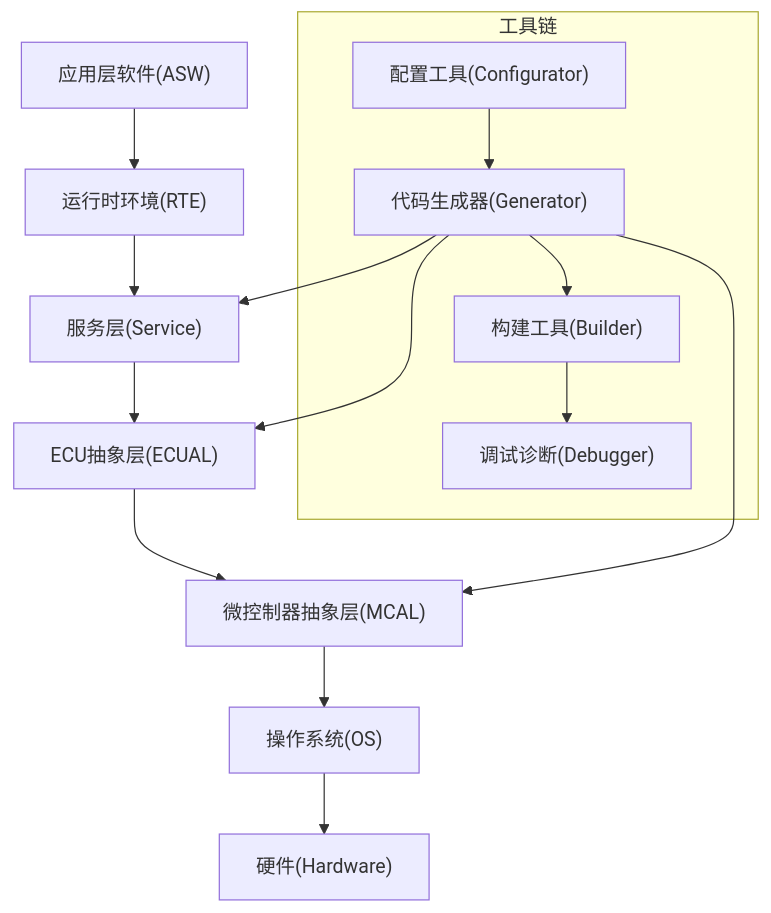
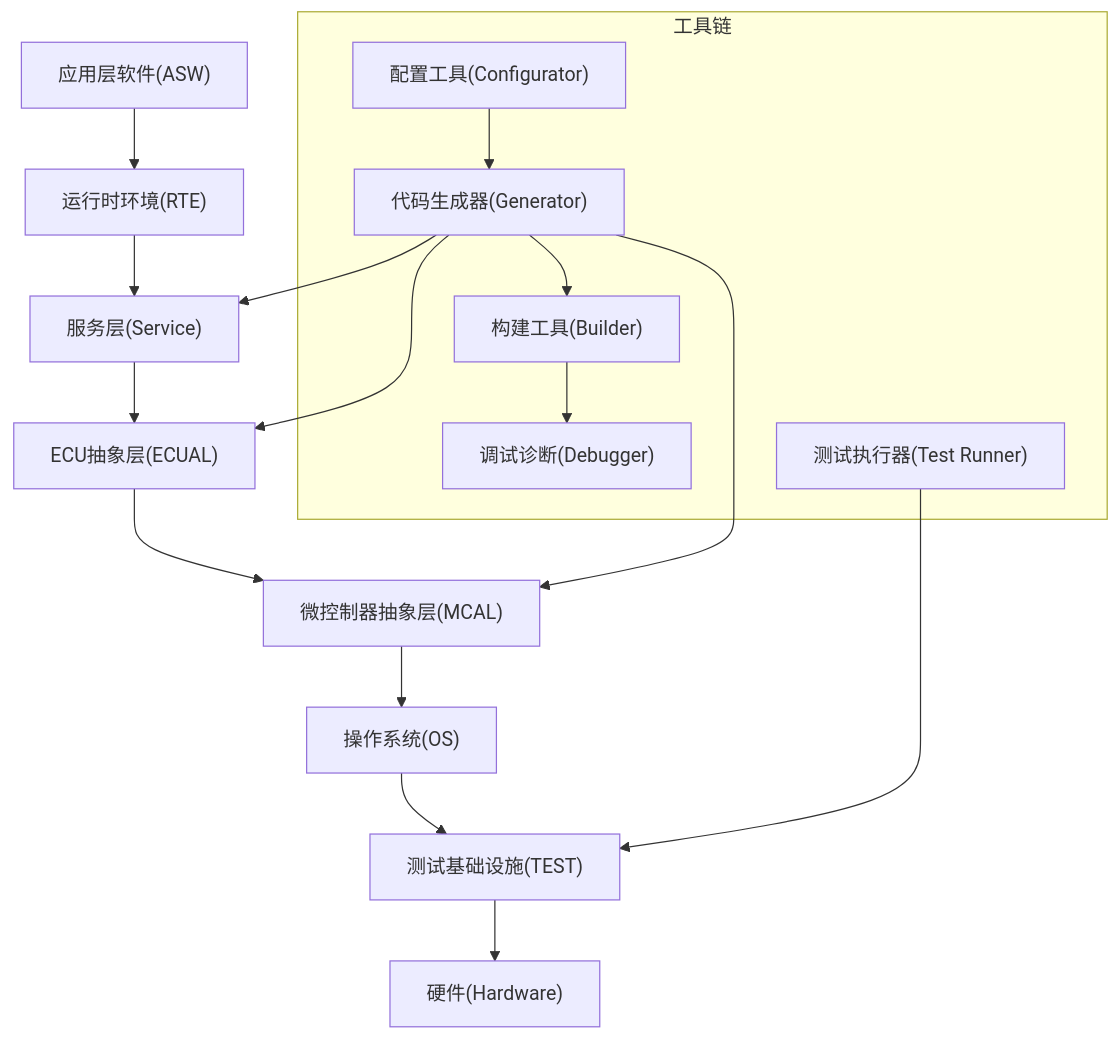
The second of 8 diagrams in .qoder/repowiki/zh/content/项目概览.md (frisky1985/yuleASR), drawn with Mermaid before and after one commit. The commit also changed other lines of this file and 12 other files, not shown here.

````diff
--- a/.qoder/repowiki/zh/content/项目概览.md
+++ b/.qoder/repowiki/zh/content/项目概览.md
@@ -169,19 +198,22 @@
 ```mermaid
 graph TB
 A["应用层软件(ASW)"] --> B["运行时环境(RTE)"]
 B --> C["服务层(Service)"]
 C --> D["ECU抽象层(ECUAL)"]
 D --> E["微控制器抽象层(MCAL)"]
 E --> F["操作系统(OS)"]
-F --> G["硬件(Hardware)"]
+F --> G["测试基础设施(TEST)"]
+G --> H["硬件(Hardware)"]
 subgraph "工具链"
 T1["配置工具(Configurator)"]
 T2["代码生成器(Generator)"]
 T3["构建工具(Builder)"]
 T4["调试诊断(Debugger)"]
+T5["测试执行器(Test Runner)"]
 end
 T1 --> T2 --> T3 --> T4
 T2 --> C
 T2 --> D
 T2 --> E
+T5 --> G
 ```
````
